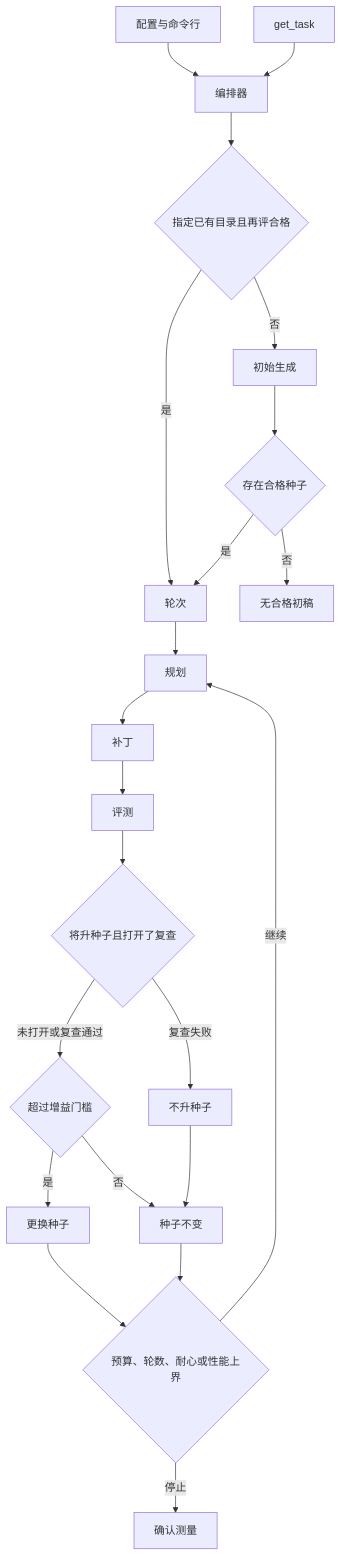
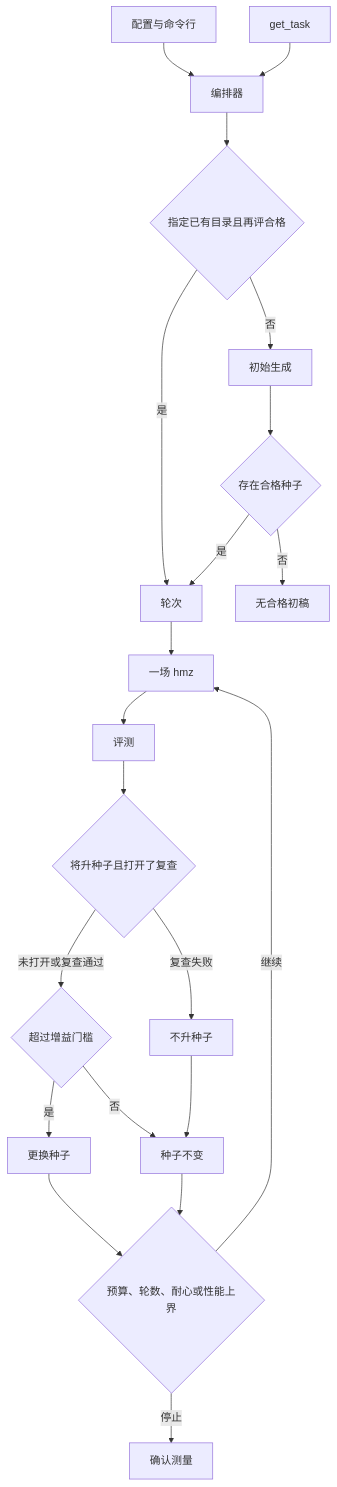
The second of 2 diagrams in docs/架构说明.md (kuafuwang/ShapeForge), drawn with Mermaid before and after one commit. The commit also changed other lines of this file and 20 other files, not shown here.

````diff
--- a/docs/架构说明.md
+++ b/docs/架构说明.md
@@ -149,24 +149,23 @@
 ```mermaid
 flowchart TD
   cfg["配置与命令行"] --> orch["编排器"]
   task["get_task"] --> orch
   orch --> prior{"指定已有目录且再评合格"}
   prior -->|否| init["初始生成"]
   prior -->|是| rounds["轮次"]
   init --> gate{"存在合格种子"}
   gate -->|否| stop0["无合格初稿"]
   gate -->|是| rounds
-  rounds --> plan["规划"]
-  plan --> patch["补丁"]
-  patch --> ev["评测"]
+  rounds --> session["一场 hmz"]
+  session --> ev["评测"]
   ev --> recheck{"将升种子且打开了复查"}
   recheck -->|复查失败| keep0["不升种子"]
   recheck -->|未打开或复查通过| keep{"超过增益门槛"}
   keep -->|是| seed["更换种子"]
   keep -->|否| old["种子不变"]
   keep0 --> old
   seed --> stopq{"预算、轮数、耐心或性能上界"}
   old --> stopq
-  stopq -->|继续| plan
+  stopq -->|继续| session
   stopq -->|停止| confirm["确认测量"]
 ```
````
